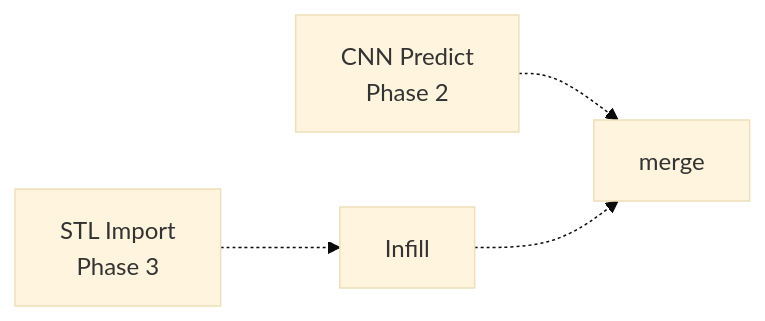
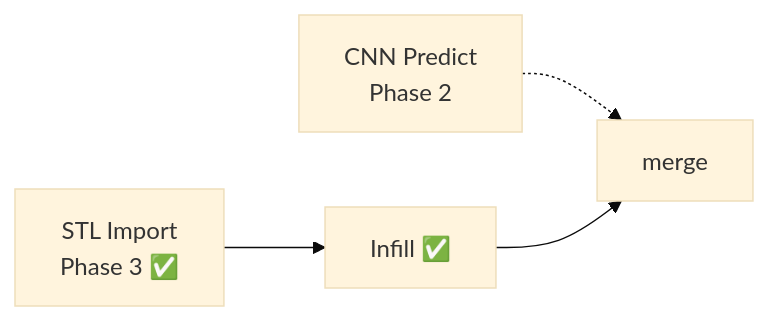
One commit to EdgarCardenasDeLaHoz/map2stl changed the second of 5 diagrams in docs/height-pipeline-plan.md. Above: the diagram before and after it, drawn with Mermaid (base theme). The commit also changed other lines of this file and 139 other files, not shown here.

````diff
--- a/docs/height-pipeline-plan.md
+++ b/docs/height-pipeline-plan.md
@@ -86,5 +107,5 @@
 ```mermaid
 flowchart LR
     CNN["CNN Predict<br/>Phase 2"] -.-> MERGE["merge"]
-    STL["STL Import<br/>Phase 3"] -.-> INFILL["Infill"] -.-> MERGE
+    STL["STL Import<br/>Phase 3 ✅"] --> INFILL["Infill ✅"] --> MERGE
 ```
````
